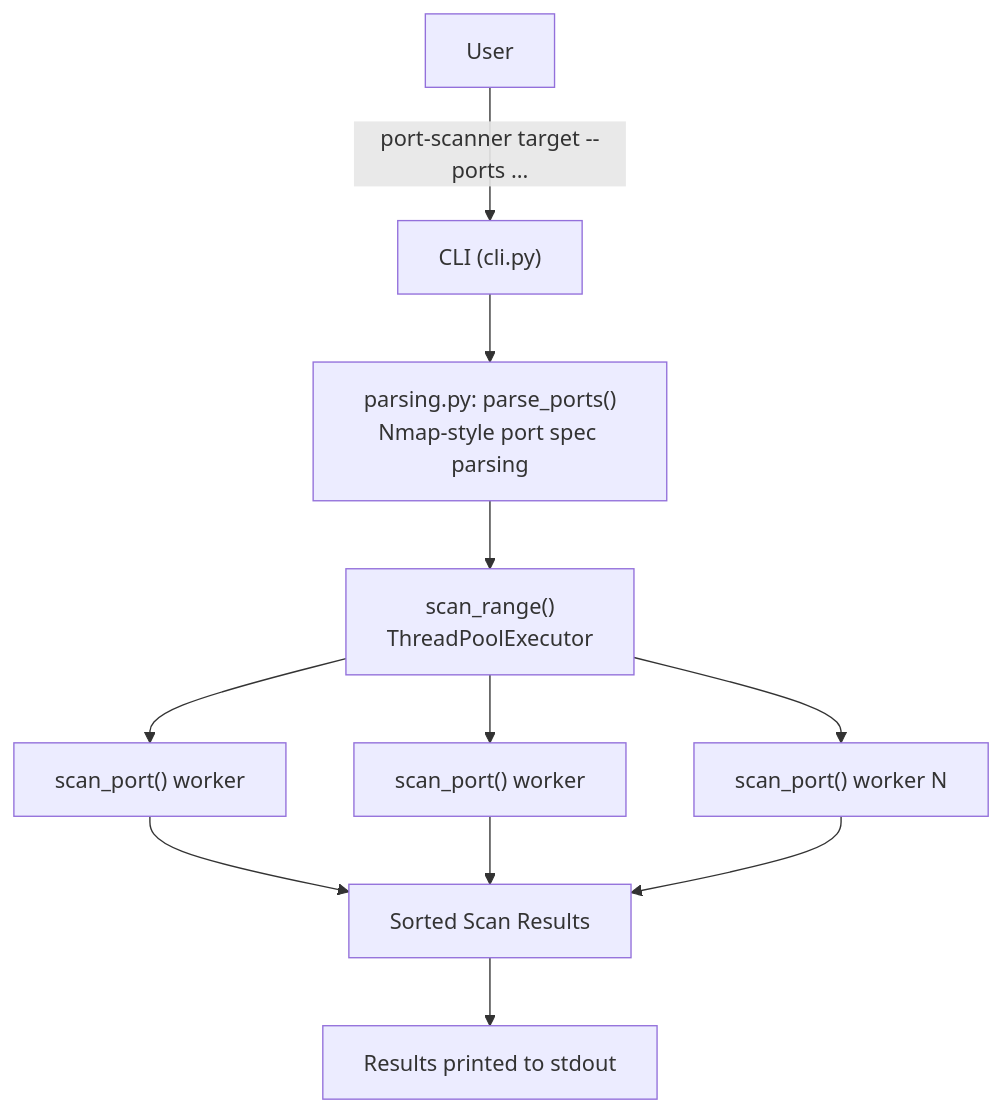
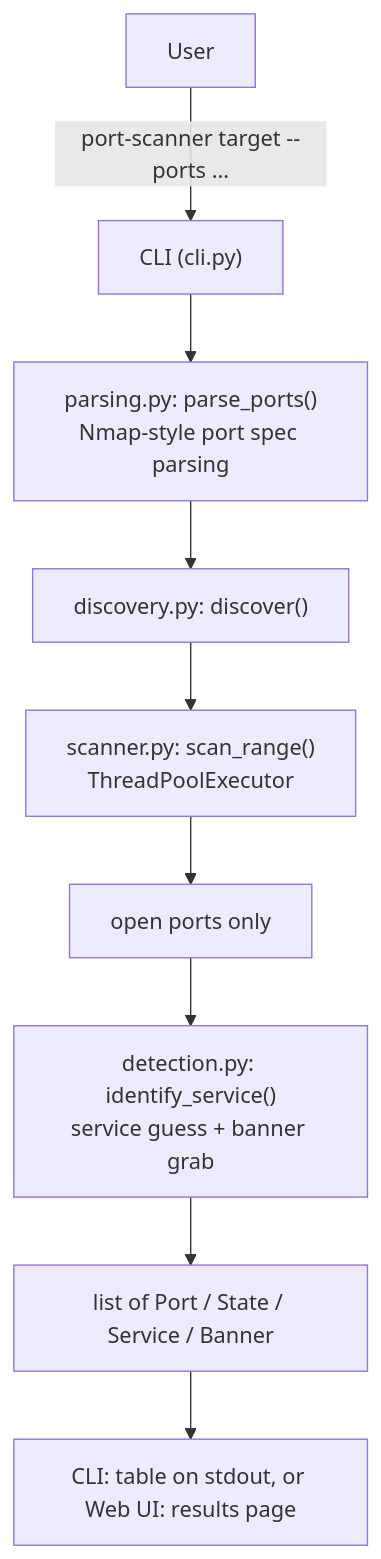
One commit to MahmoudElrefaie-Eng/python-port-scanner changed the diagram in README.md. Above: the diagram before and after it, drawn with Mermaid. The commit also changed other lines of this file and 16 other files, not shown here.

First line of the commit message:
feat: add service detection and banner grabbing (Milestone 3)

````diff
--- a/README.md
+++ b/README.md
@@ -57,13 +74,11 @@
 ```mermaid
 flowchart TD
     A[User] -->|"port-scanner target --ports ..."| B["CLI (cli.py)"]
     B --> C["parsing.py: parse_ports()<br/>Nmap-style port spec parsing"]
-    C --> D["scan_range()<br/>ThreadPoolExecutor"]
-    D --> E1["scan_port() worker"]
-    D --> E2["scan_port() worker"]
-    D --> E3["scan_port() worker N"]
-    E1 --> F[Sorted Scan Results]
-    E2 --> F
-    E3 --> F
-    F --> G[Results printed to stdout]
+    C --> D["discovery.py: discover()"]
+    D --> E["scanner.py: scan_range()<br/>ThreadPoolExecutor"]
+    E --> F["open ports only"]
+    F --> G["detection.py: identify_service()<br/>service guess + banner grab"]
+    G --> H["list of Port / State / Service / Banner"]
+    H --> I["CLI: table on stdout, or Web UI: results page"]
 ```
````
